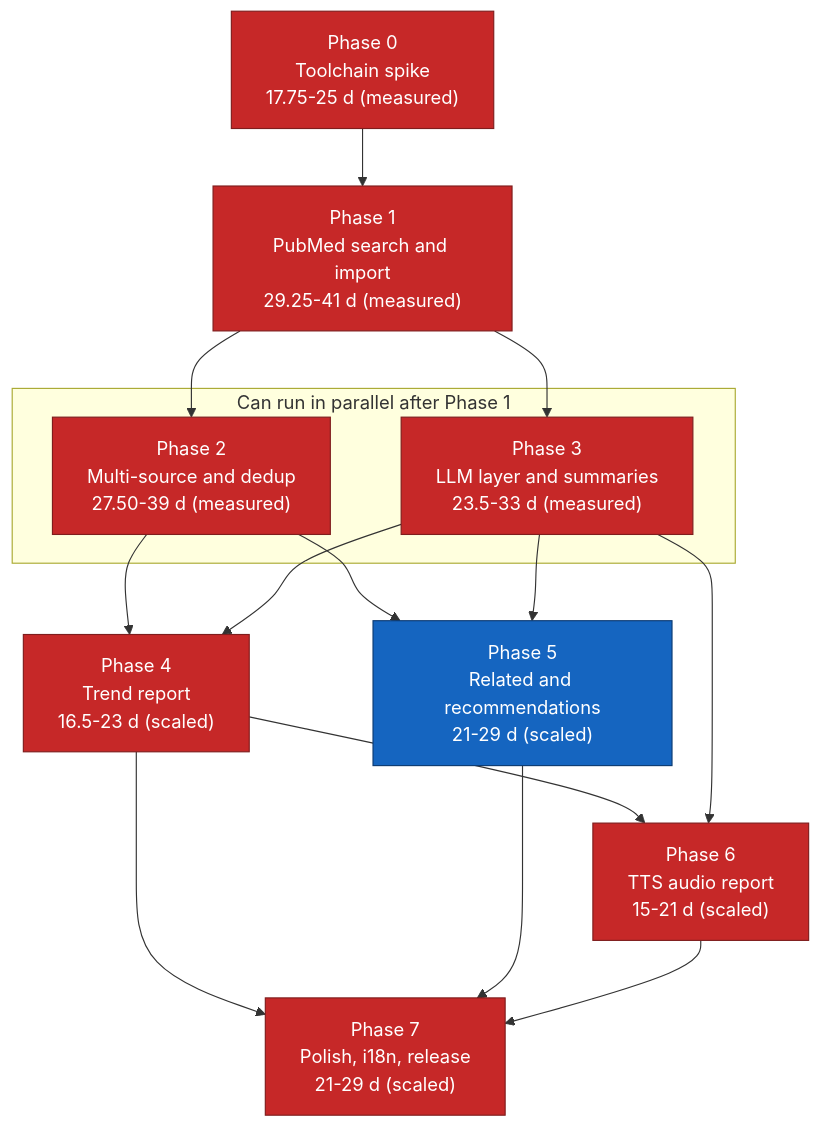
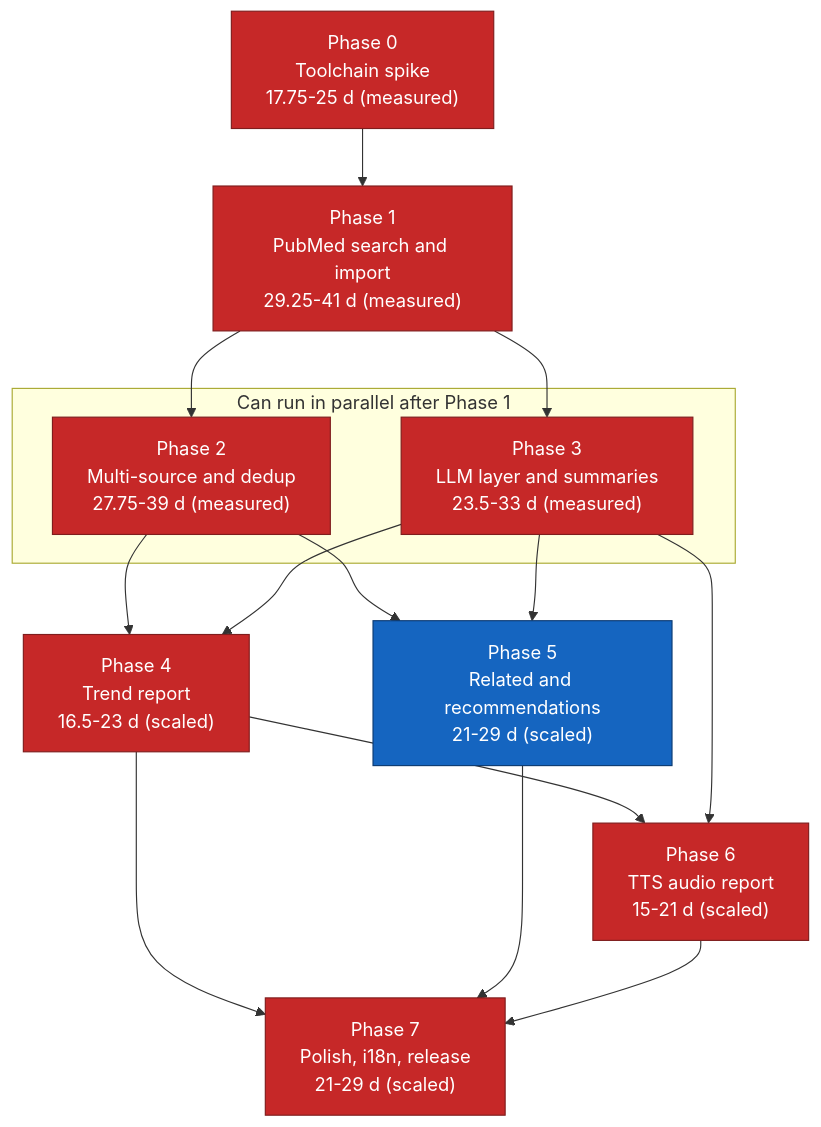
One commit to suppakoko/research_helper changed the diagram in docs/11-implementation-roadmap.md. Above: the diagram before and after it, drawn with Mermaid. The commit also changed other lines of this file and 2 other files, not shown here.

````diff
--- a/docs/11-implementation-roadmap.md
+++ b/docs/11-implementation-roadmap.md
@@ -326,34 +326,34 @@
 ```mermaid
 graph TD
     P0["Phase 0<br/>Toolchain spike<br/>17.75-25 d (measured)"]
     P1["Phase 1<br/>PubMed search and import<br/>29.25-41 d (measured)"]
-    P2["Phase 2<br/>Multi-source and dedup<br/>27.50-39 d (measured)"]
+    P2["Phase 2<br/>Multi-source and dedup<br/>27.75-39 d (measured)"]
     P3["Phase 3<br/>LLM layer and summaries<br/>23.5-33 d (measured)"]
     P4["Phase 4<br/>Trend report<br/>16.5-23 d (scaled)"]
     P5["Phase 5<br/>Related and recommendations<br/>21-29 d (scaled)"]
     P6["Phase 6<br/>TTS audio report<br/>15-21 d (scaled)"]
     P7["Phase 7<br/>Polish, i18n, release<br/>21-29 d (scaled)"]
 
     P0 --> P1
     P1 --> P2
     P1 --> P3
     P2 --> P4
     P3 --> P4
     P2 --> P5
     P3 --> P5
     P4 --> P6
     P3 --> P6
     P4 --> P7
     P5 --> P7
     P6 --> P7
 
     subgraph parallel["Can run in parallel after Phase 1"]
         P2
         P3
     end
 
     classDef critical fill:#c62828,stroke:#7f1d1d,color:#ffffff
     classDef normal fill:#1565c0,stroke:#0d3c73,color:#ffffff
     class P0,P1,P2,P3,P4,P6,P7 critical
     class P5 normal
 ```
````
